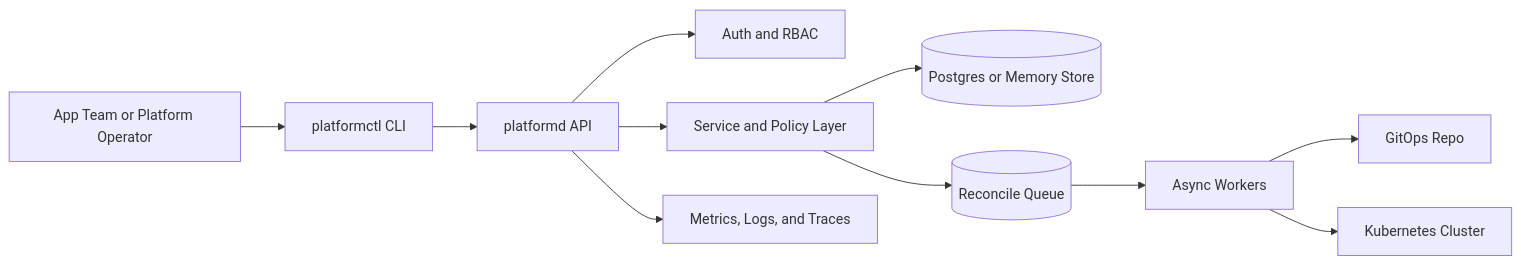
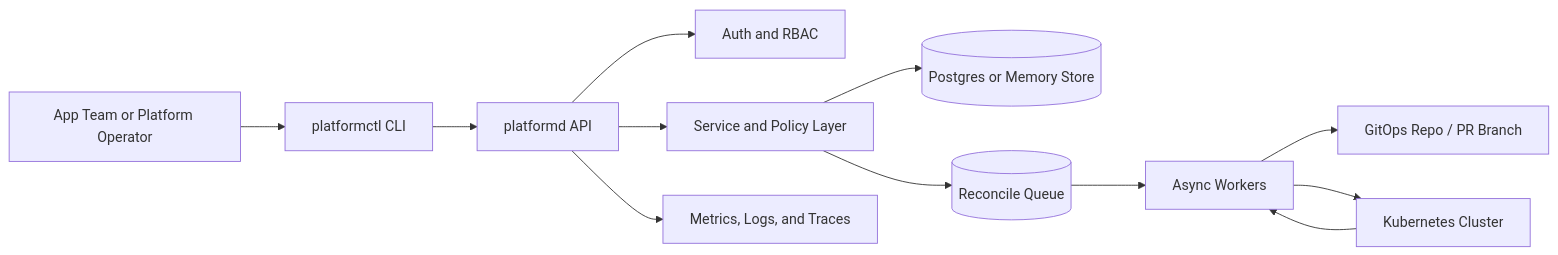
The diagram in README.md (bukx/platform-control-plane), drawn with Mermaid before and after one commit. The commit also changed other lines of this file and 22 other files, not shown here.

````diff
--- a/README.md
+++ b/README.md
@@ -40,13 +43,14 @@
 ```mermaid
 flowchart LR
     A[App Team or Platform Operator] --> B[platformctl CLI]
     B --> C[platformd API]
     C --> D[Auth and RBAC]
     C --> E[Service and Policy Layer]
     E --> F[(Postgres or Memory Store)]
     E --> G[(Reconcile Queue)]
     G --> H[Async Workers]
-    H --> I[GitOps Repo]
+    H --> I[GitOps Repo / PR Branch]
     H --> J[Kubernetes Cluster]
+    J --> H
     C --> K[Metrics, Logs, and Traces]
 ```
````
